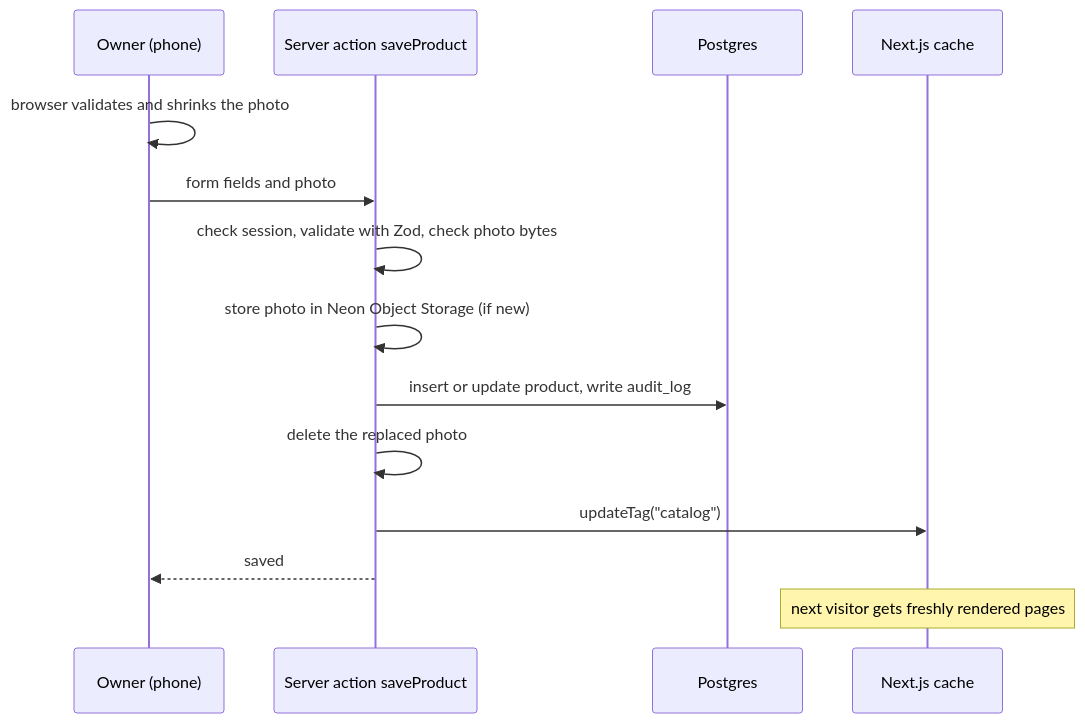
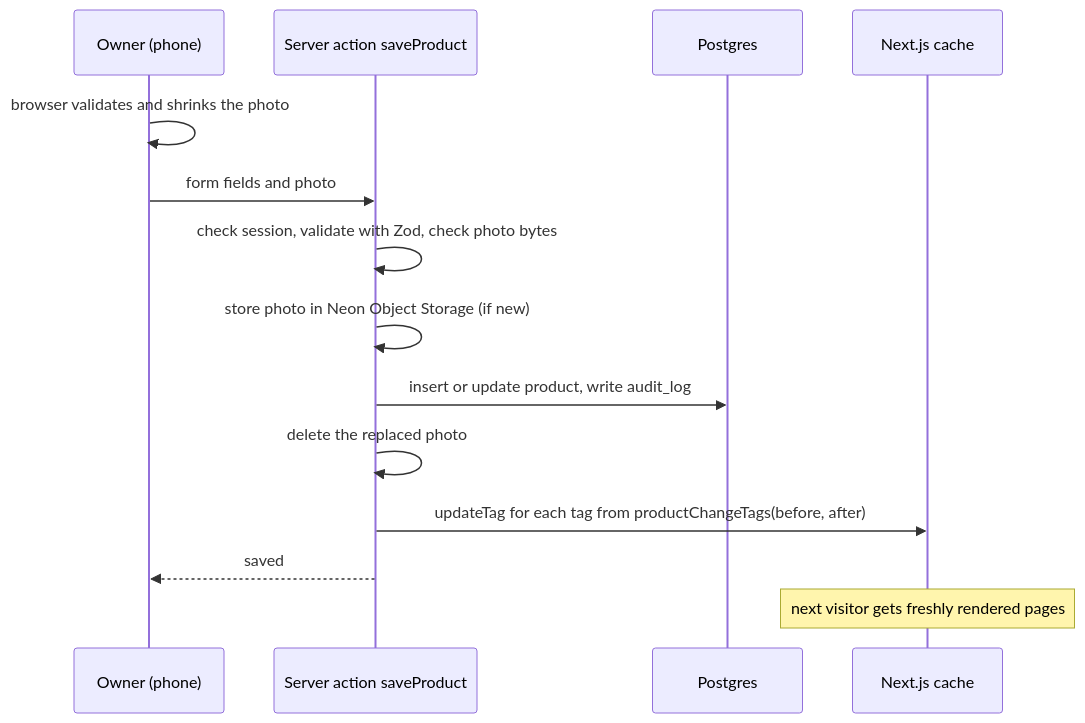
One commit to shubhamdsk/shree-balaji-paints-plywood-hardware changed the third of 3 diagrams in docs/ARCHITECTURE.md. Above: the diagram before and after it, drawn with Mermaid. The commit also changed other lines of this file and 55 other files, not shown here.

````diff
--- a/docs/ARCHITECTURE.md
+++ b/docs/ARCHITECTURE.md
@@ -153,16 +153,16 @@
 ```mermaid
 sequenceDiagram
   participant O as Owner (phone)
   participant A as Server action saveProduct
   participant DB as Postgres
   participant C as Next.js cache
   O->>O: browser validates and shrinks the photo
   O->>A: form fields and photo
   A->>A: check session, validate with Zod, check photo bytes
   A->>A: store photo in Neon Object Storage (if new)
   A->>DB: insert or update product, write audit_log
   A->>A: delete the replaced photo
-  A->>C: updateTag("catalog")
+  A->>C: updateTag for each tag from productChangeTags(before, after)
   A-->>O: saved
   Note over C: next visitor gets freshly rendered pages
 ```
````
